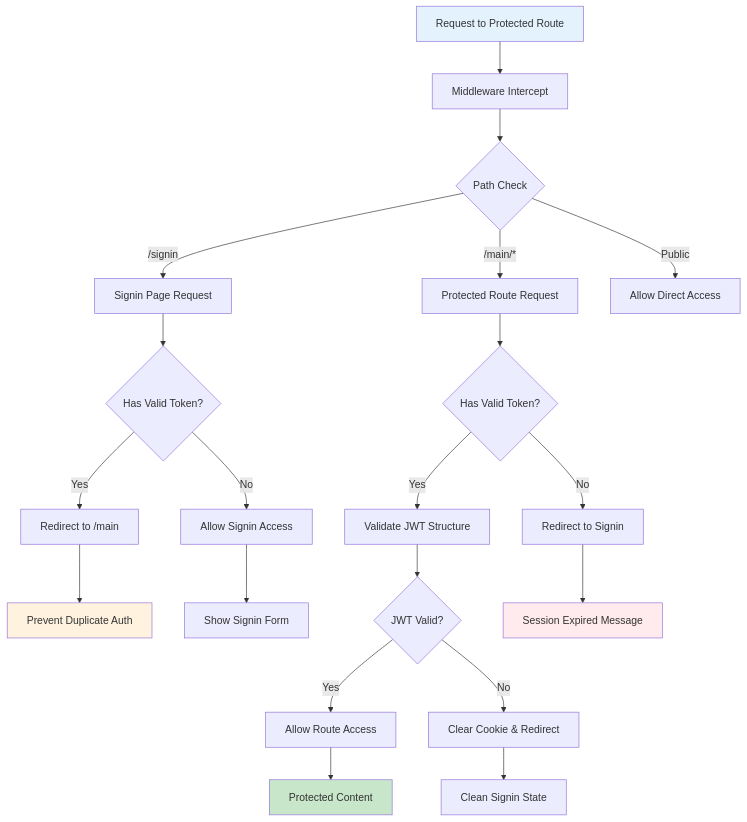
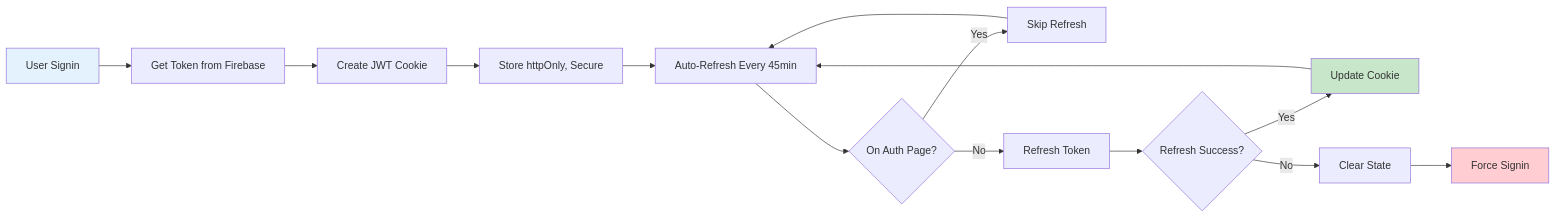
One commit to benxgao/certifai-app changed the fourth of 7 diagrams in docs/signin.md. Above: the diagram before and after it, drawn with Mermaid. The commit also changed other lines of this file and 3 other files, not shown here.

````diff
--- a/docs/signin.md
+++ b/docs/signin.md
@@ -318,32 +234,23 @@
 ```mermaid
-graph TD
-    A[Request to Protected Route] --> B[Middleware Intercept]
-    B --> C{Path Check}
+graph LR
+    A[User Signin] --> B[Get Token from Firebase]
+    B --> C[Create JWT Cookie]
+    C --> D[Store httpOnly, Secure]
 
-    C -->|/signin| D[Signin Page Request]
-    C -->|/main/*| E[Protected Route Request]
-    C -->|Public| F[Allow Direct Access]
+    D --> E[Auto-Refresh Every 45min]
+    E --> F{On Auth Page?}
+    F -->|Yes| G[Skip Refresh]
+    F -->|No| H[Refresh Token]
 
-    D --> G{Has Valid Token?}
-    G -->|Yes| H[Redirect to /main]
-    G -->|No| I[Allow Signin Access]
+    H --> I{Refresh Success?}
+    I -->|Yes| J[Update Cookie]
+    I -->|No| K[Clear State]
+    K --> L[Force Signin]
 
-    E --> J{Has Valid Token?}
-    J -->|Yes| K[Validate JWT Structure]
-    J -->|No| L[Redirect to Signin]
-
-    K --> M{JWT Valid?}
-    M -->|Yes| N[Allow Route Access]
-    M -->|No| O[Clear Cookie & Redirect]
-
-    H --> P[Prevent Duplicate Auth]
-    I --> Q[Show Signin Form]
-    L --> R[Session Expired Message]
-    N --> S[Protected Content]
-    O --> T[Clean Signin State]
+    J --> E
+    G --> E
 
     style A fill:#e3f2fd
-    style S fill:#c8e6c9
-    style P fill:#fff3e0
-    style R fill:#ffebee
+    style J fill:#c8e6c9
+    style L fill:#ffcdd2
 ```
````
